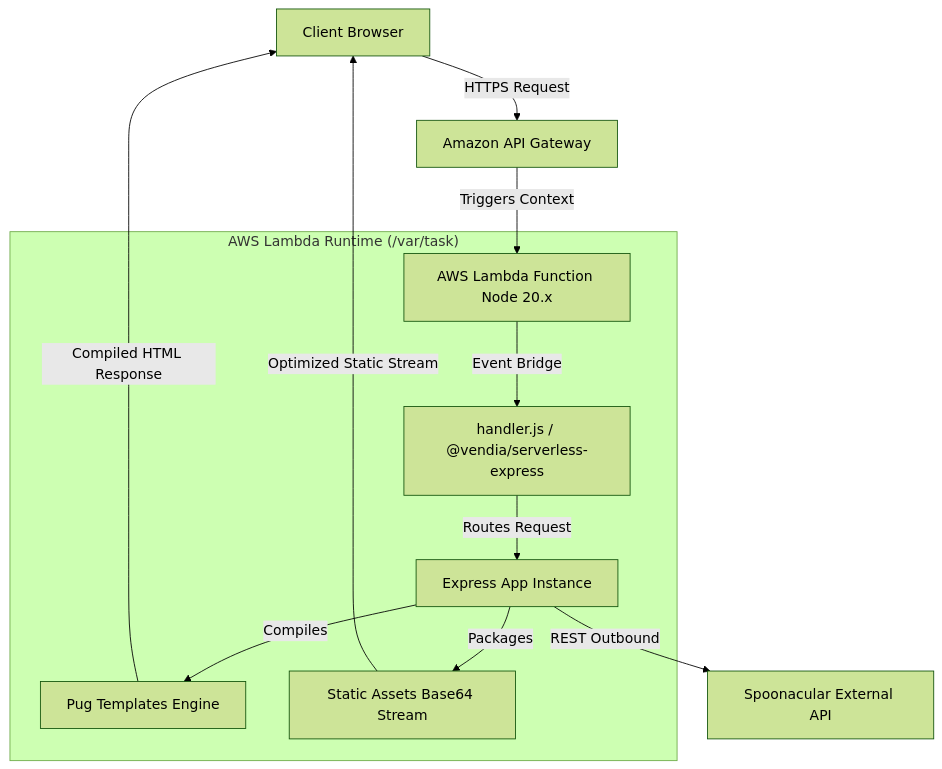
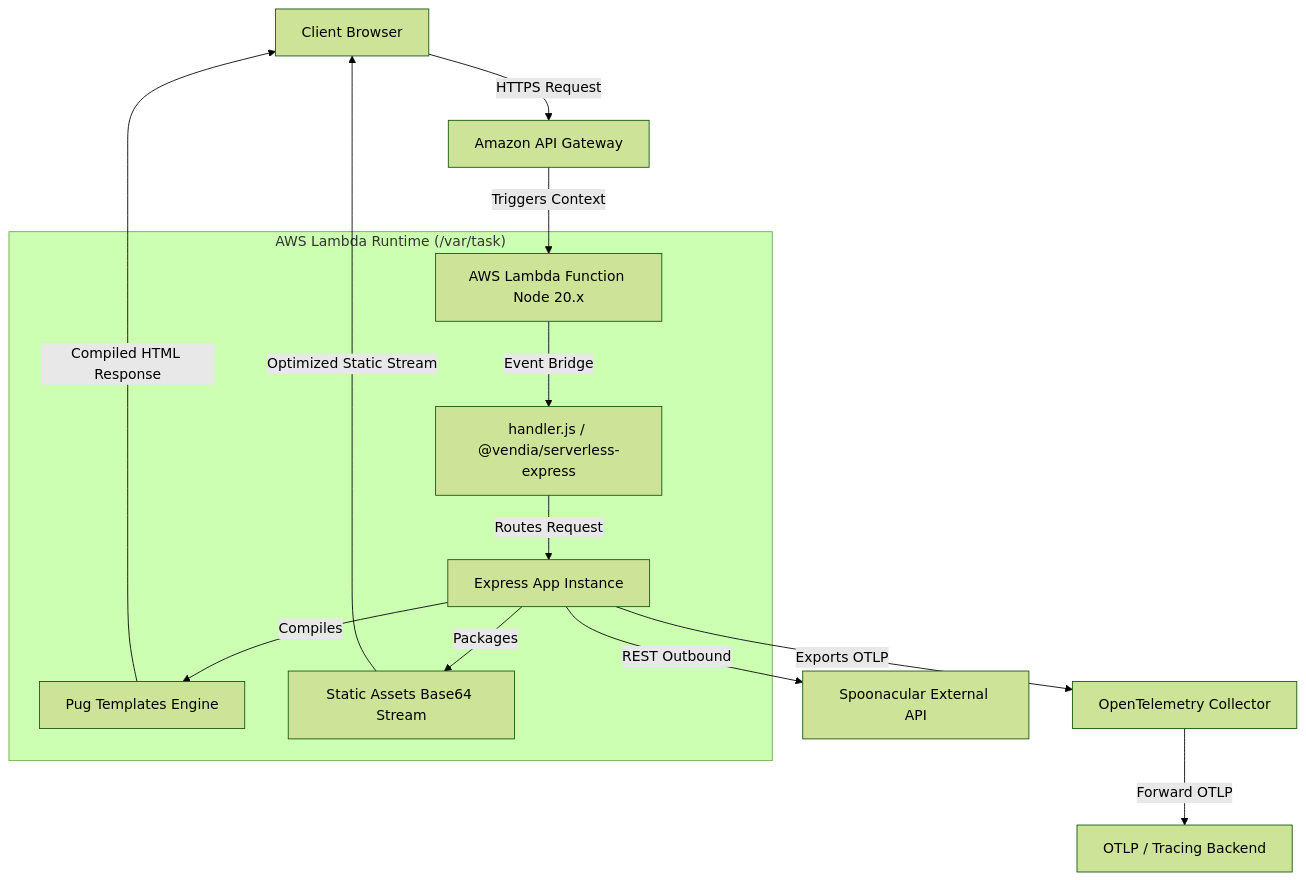
One commit to andresafag/food changed the first of 3 diagrams in README.md. Above: the diagram before and after it, drawn with Mermaid (forest theme). The commit also changed other lines of this file and 5 other files, not shown here.

````diff
--- a/README.md
+++ b/README.md
@@ -51,16 +51,18 @@
 ```mermaid
 graph TD
     Client[Client Browser] -->|HTTPS Request| APIGateway[Amazon API Gateway]
     APIGateway -->|Triggers Context| Lambda[AWS Lambda Function Node 20.x]
     
     subgraph "AWS Lambda Runtime (/var/task)"
         Lambda -->|"Event Bridge"| Handler["handler.js / @vendia/serverless-express"]
         Handler -->|"Routes Request"| Express[Express App Instance]
         Express -->|"Compiles"| Views[Pug Templates Engine]
         Express -->|"Packages"| Static[Static Assets Base64 Stream]
     end
     
     Express -->|"REST Outbound"| Spoonacular[Spoonacular External API]
+    Express -->|"Exports OTLP"| OTEL[OpenTelemetry Collector]
+    OTEL -->|"Forward OTLP"| Observability[OTLP / Tracing Backend]
     Views -->|"Compiled HTML Response"| Client
     Static -->|"Optimized Static Stream"| Client
 ```
````
